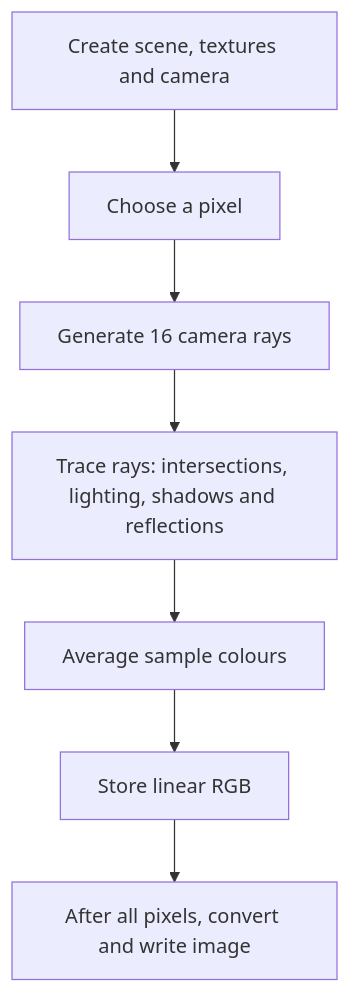
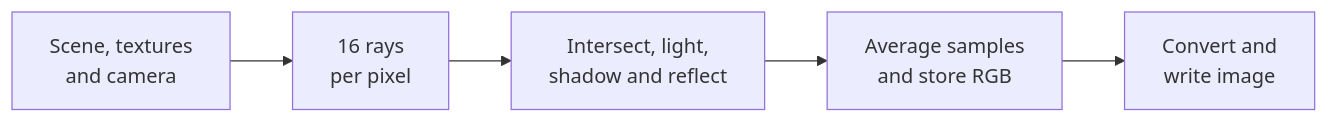
One commit to NagrajMG/KLA-Ray-Tracing-GPU-Programming changed the diagram in README.md. Above: the diagram before and after it, drawn with Mermaid. The commit also changed other lines of this file and 1 other file, not shown here.

Commit message:
Added __constant__ memory for scene

````diff
--- a/README.md
+++ b/README.md
@@ -39,9 +39,7 @@
 ```mermaid
-flowchart TD
-    A["Create scene, textures and camera"] --> B["Choose a pixel"]
-    B --> C["Generate 16 camera rays"]
-    C --> D["Trace rays: intersections, lighting, shadows and reflections"]
-    D --> E["Average sample colours"]
-    E --> F["Store linear RGB"]
-    F --> G["After all pixels, convert and write image"]
+flowchart LR
+    A["Scene, textures<br/>and camera"] --> B["16 rays<br/>per pixel"]
+    B --> C["Intersect, light,<br/>shadow and reflect"]
+    C --> D["Average samples<br/>and store RGB"]
+    D --> E["Convert and<br/>write image"]
 ```
````
